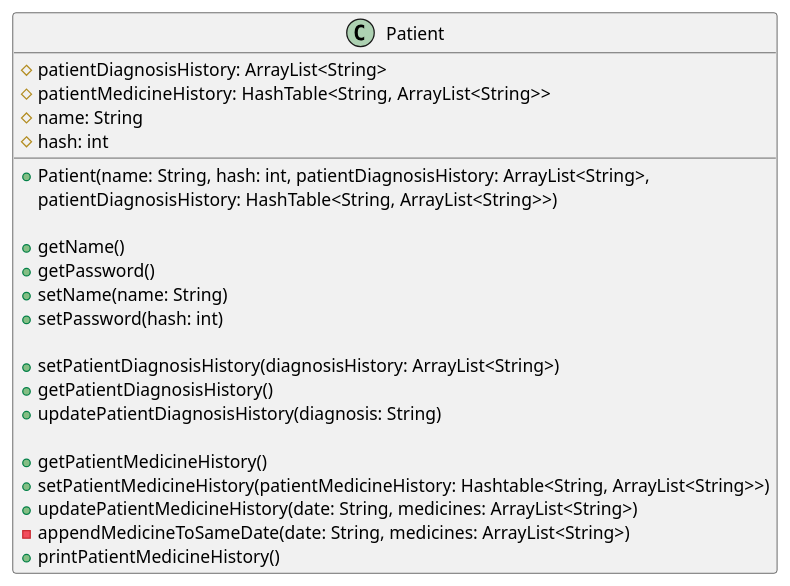
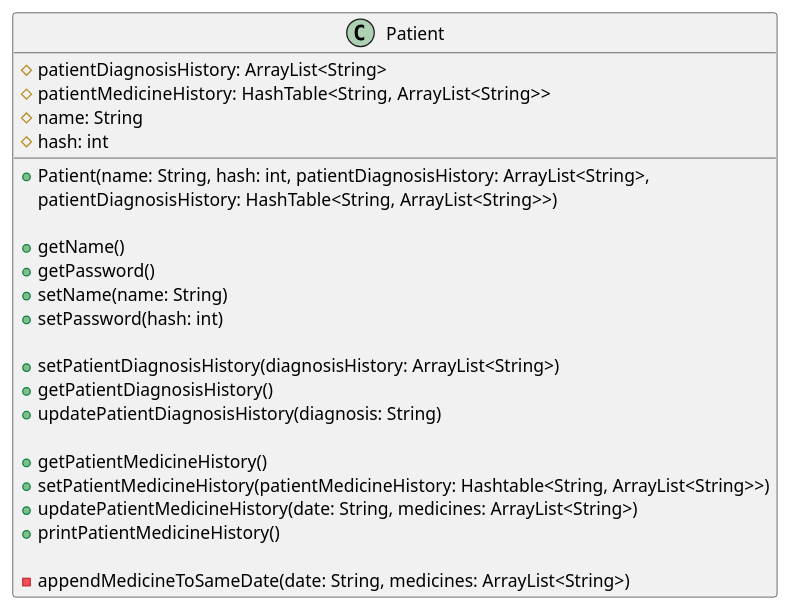
Before and after one commit to nus-cs2113-AY2223S2/tp: the diagram in docs/diagrams/PatientClassDiagram.puml, drawn with PlantUML. The commit also changed other lines of this file and 2 other files, not shown here.

```diff
--- a/docs/diagrams/PatientClassDiagram.puml
+++ b/docs/diagrams/PatientClassDiagram.puml
@@ -1,29 +3,31 @@
 @startuml
 'https://plantuml.com/sequence-diagram
 
 class Patient{
 #patientDiagnosisHistory: ArrayList<String>
 #patientMedicineHistory:  HashTable<String, ArrayList<String>>
 #name: String
 #hash: int
 
 +Patient(name: String, hash: int, patientDiagnosisHistory: ArrayList<String>,
          patientDiagnosisHistory: HashTable<String, ArrayList<String>>)
 
 +getName()
 +getPassword()
 +setName(name: String)
 +setPassword(hash: int)
 
 +setPatientDiagnosisHistory(diagnosisHistory: ArrayList<String>)
 +getPatientDiagnosisHistory()
 +updatePatientDiagnosisHistory(diagnosis: String)
 
 +getPatientMedicineHistory()
 +setPatientMedicineHistory(patientMedicineHistory: Hashtable<String, ArrayList<String>>)
 +updatePatientMedicineHistory(date: String, medicines: ArrayList<String>)
++printPatientMedicineHistory()
+
 -appendMedicineToSameDate(date: String, medicines: ArrayList<String>)
-+printPatientMedicineHistory()
+
 }
 
 @enduml
```
